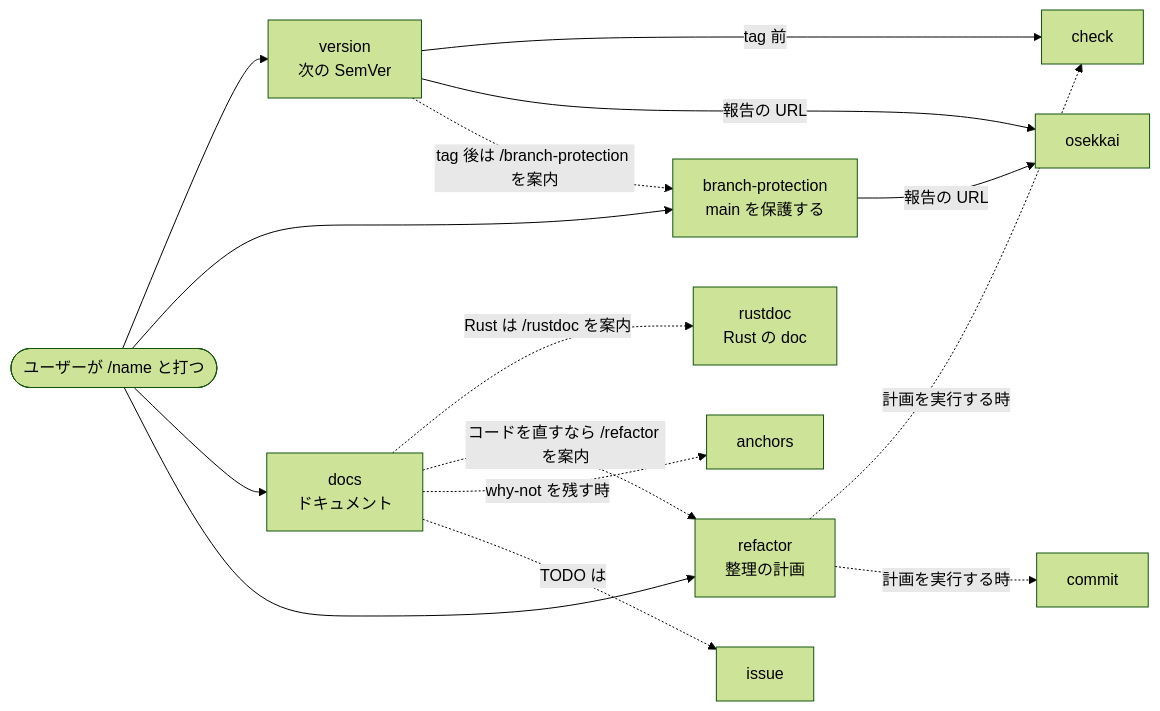
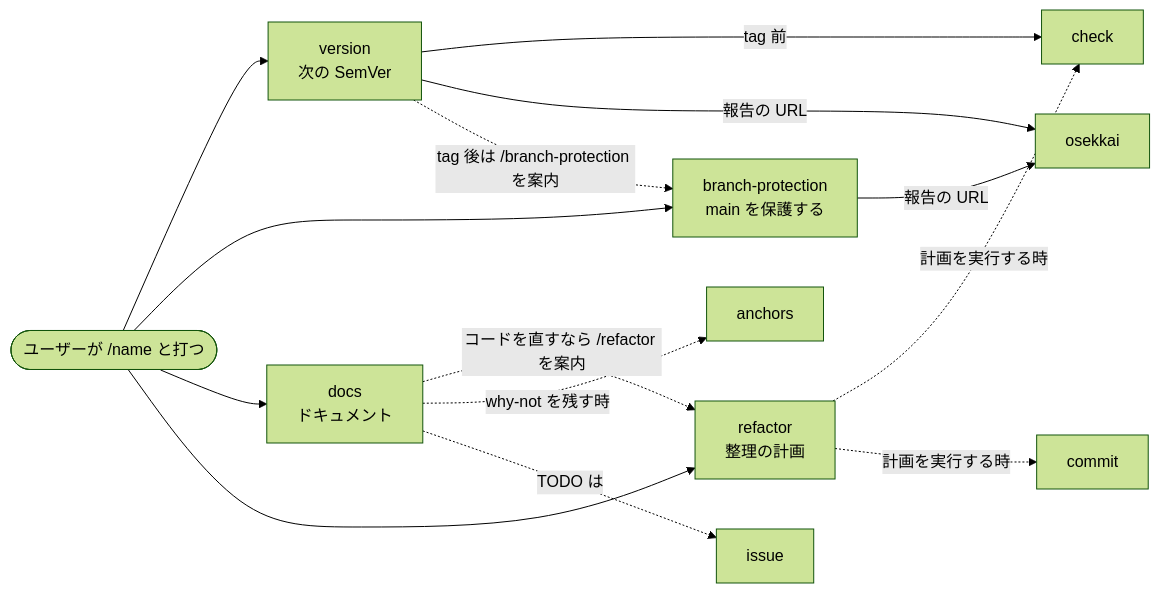
Before and after one commit to Xantibody/dotfiles: the second of 4 diagrams in configs/agents/README.md, drawn with Mermaid (forest theme). The commit also changed other lines of this file and 3 other files, not shown here.

````diff
--- a/configs/agents/README.md
+++ b/configs/agents/README.md
@@ -62,26 +62,24 @@
 ```mermaid
 flowchart LR
   user(["ユーザーが /name と打つ"])
   version["version<br/>次の SemVer"]
   bp["branch-protection<br/>main を保護する"]
   docs["docs<br/>ドキュメント"]
   refactor["refactor<br/>整理の計画"]
   check["check"]
   commit["commit"]
   osekkai["osekkai"]
   anchors["anchors"]
   issue["issue"]
-  rustdoc["rustdoc<br/>Rust の doc"]
 
   user --> version & bp & docs & refactor
   version -->|"tag 前"| check
   version -->|"報告の URL"| osekkai
   version -.->|"tag 後は /branch-protection を案内"| bp
   bp -->|"報告の URL"| osekkai
-  docs -.->|"Rust は /rustdoc を案内"| rustdoc
   docs -.->|"コードを直すなら /refactor を案内"| refactor
   docs -.->|"why-not を残す時"| anchors
   docs -.->|"TODO は"| issue
   refactor -.->|"計画を実行する時"| check
   refactor -.->|"計画を実行する時"| commit
 ```
````
